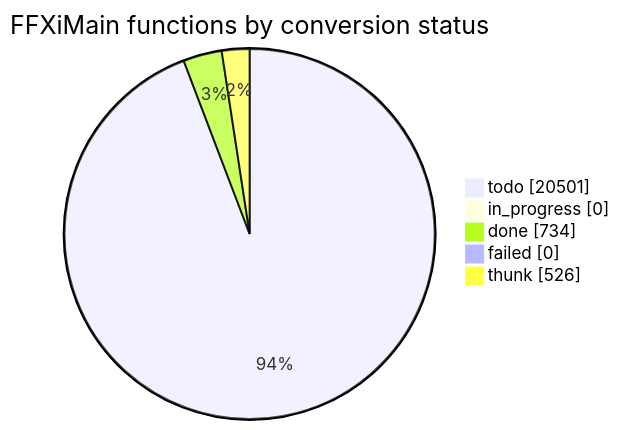
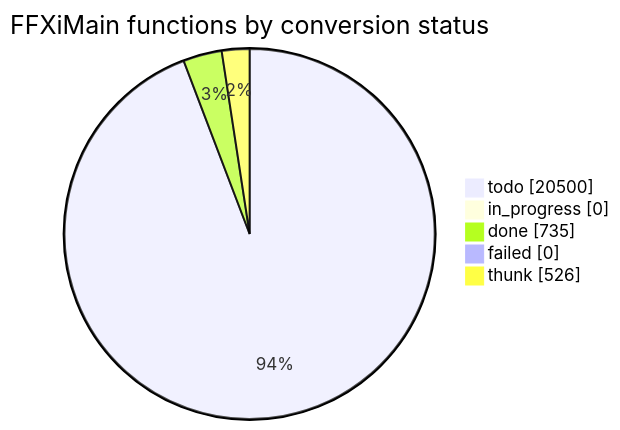
The diagram in docs/cow/STATUS.md (cowrevenge/cow_kuluu_xi_anything), drawn with Mermaid before and after one commit. The commit also changed other lines of this file and 9 other files, not shown here.

````diff
--- a/docs/cow/STATUS.md
+++ b/docs/cow/STATUS.md
@@ -18,9 +18,9 @@
 ```mermaid
 pie showData
     title FFXiMain functions by conversion status
-    "todo" : 20501
+    "todo" : 20500
     "in_progress" : 0
-    "done" : 734
+    "done" : 735
     "failed" : 0
     "thunk" : 526
 ```
````
